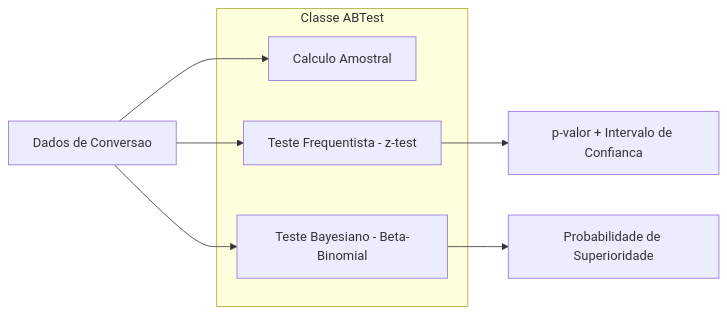
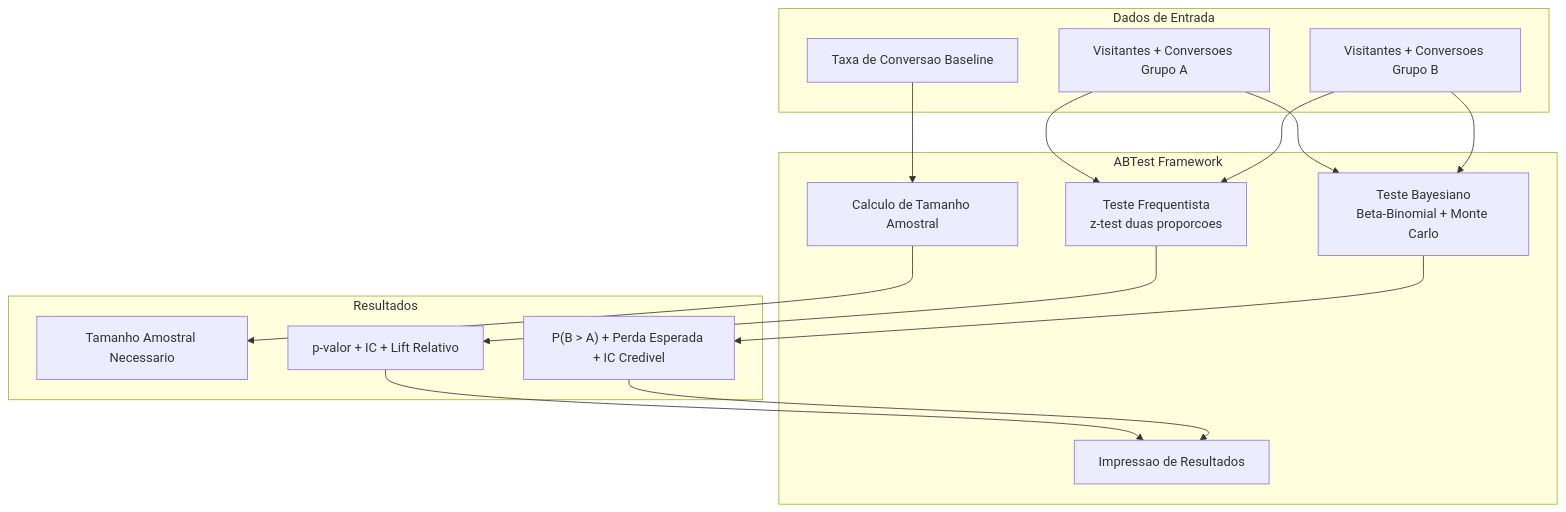
The first of 4 diagrams in README.md (galafis/ab-testing-statistical-framework-python), drawn with Mermaid before and after one commit. The commit also changed other lines of this file and 1 other file, not shown here.

````diff
--- a/README.md
+++ b/README.md
@@ -22,14 +40,31 @@
 ```mermaid
-graph LR
-    subgraph ABTest["Classe ABTest"]
-        A[Calculo Amostral]
-        B[Teste Frequentista - z-test]
-        C[Teste Bayesiano - Beta-Binomial]
+graph TD
+    subgraph Framework["ABTest Framework"]
+        SS["Calculo de Tamanho Amostral"]
+        FT["Teste Frequentista<br/>z-test duas proporcoes"]
+        BT["Teste Bayesiano<br/>Beta-Binomial + Monte Carlo"]
+        PR["Impressao de Resultados"]
     end
 
-    D[Dados de Conversao] --> A
-    D --> B
-    D --> C
-    B --> E[p-valor + Intervalo de Confianca]
-    C --> F[Probabilidade de Superioridade]
+    subgraph Entrada["Dados de Entrada"]
+        CR["Taxa de Conversao Baseline"]
+        VA["Visitantes + Conversoes Grupo A"]
+        VB["Visitantes + Conversoes Grupo B"]
+    end
+
+    subgraph Saida["Resultados"]
+        N["Tamanho Amostral Necessario"]
+        PV["p-valor + IC + Lift Relativo"]
+        BP["P(B > A) + Perda Esperada + IC Credivel"]
+    end
+
+    CR --> SS --> N
+    VA --> FT
+    VB --> FT
+    FT --> PV
+    VA --> BT
+    VB --> BT
+    BT --> BP
+    PV --> PR
+    BP --> PR
 ```
````
